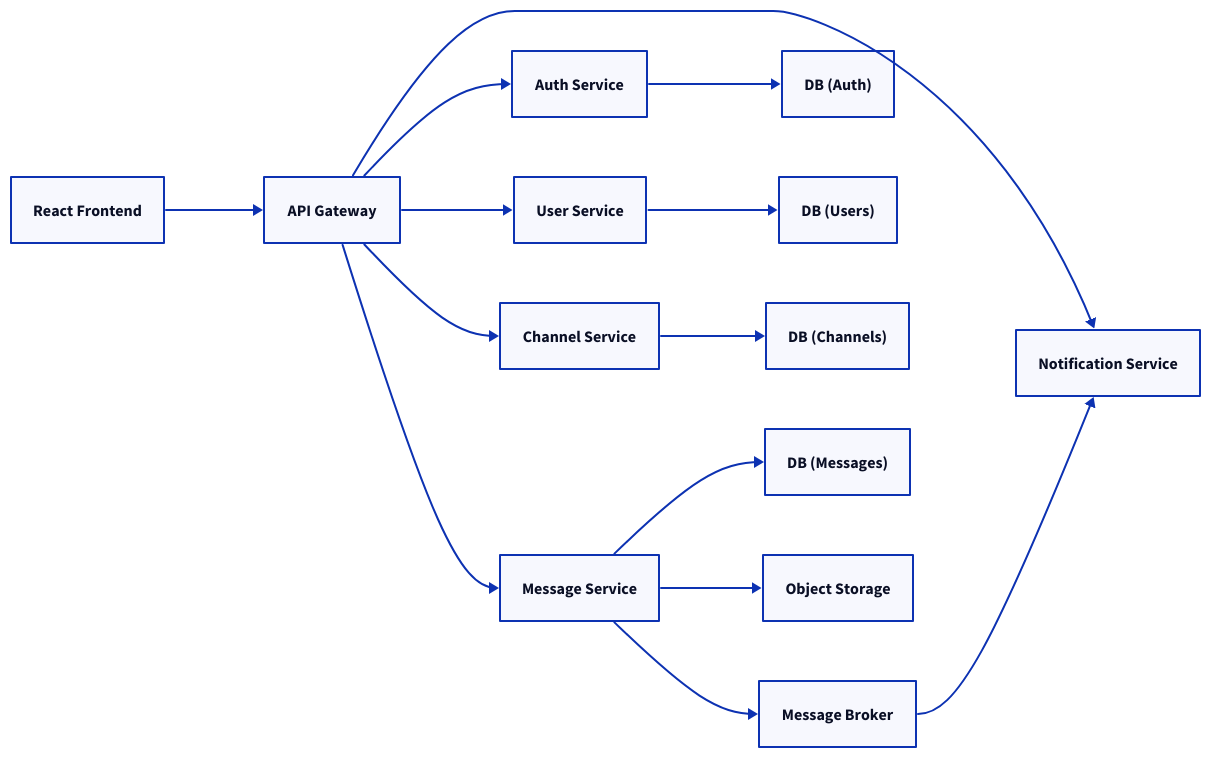
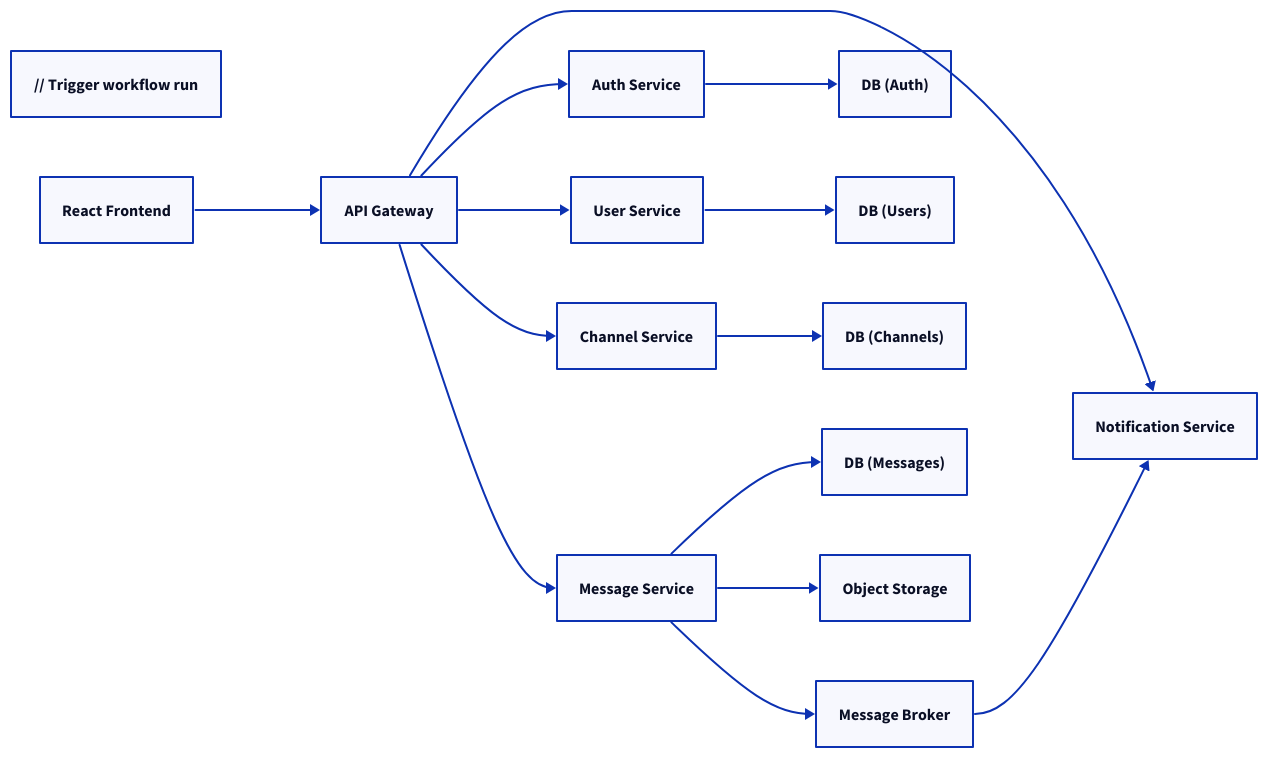
One commit to MOFAREH-ASSIRI/slack-system-architecture changed the diagram in architecture.d2. Above: the diagram before and after it, drawn with D2.

Commit message:
Trigger first GitHub Actions run

```diff
--- a/architecture.d2
+++ b/architecture.d2
@@ -1,32 +1,34 @@
+// Trigger workflow run
 direction: right
+
 
 Frontend: "React Frontend"
 APIGateway: "API Gateway"
 Auth: "Auth Service"
 Users: "User Service"
 Channels: "Channel Service"
 Messages: "Message Service"
 Notifications: "Notification Service"
 Broker: "Message Broker"
 DBAuth: "DB (Auth)"
 DBUsers: "DB (Users)"
 DBChannels: "DB (Channels)"
 DBMessages: "DB (Messages)"
 Storage: "Object Storage"
 
 Frontend -> APIGateway
 APIGateway -> Auth
 APIGateway -> Users
 APIGateway -> Channels
 APIGateway -> Messages
 APIGateway -> Notifications
 
 Auth -> DBAuth
 Users -> DBUsers
 Channels -> DBChannels
 Messages -> DBMessages
 
 Messages -> Broker
 Broker -> Notifications
 
 Messages -> Storage
```
